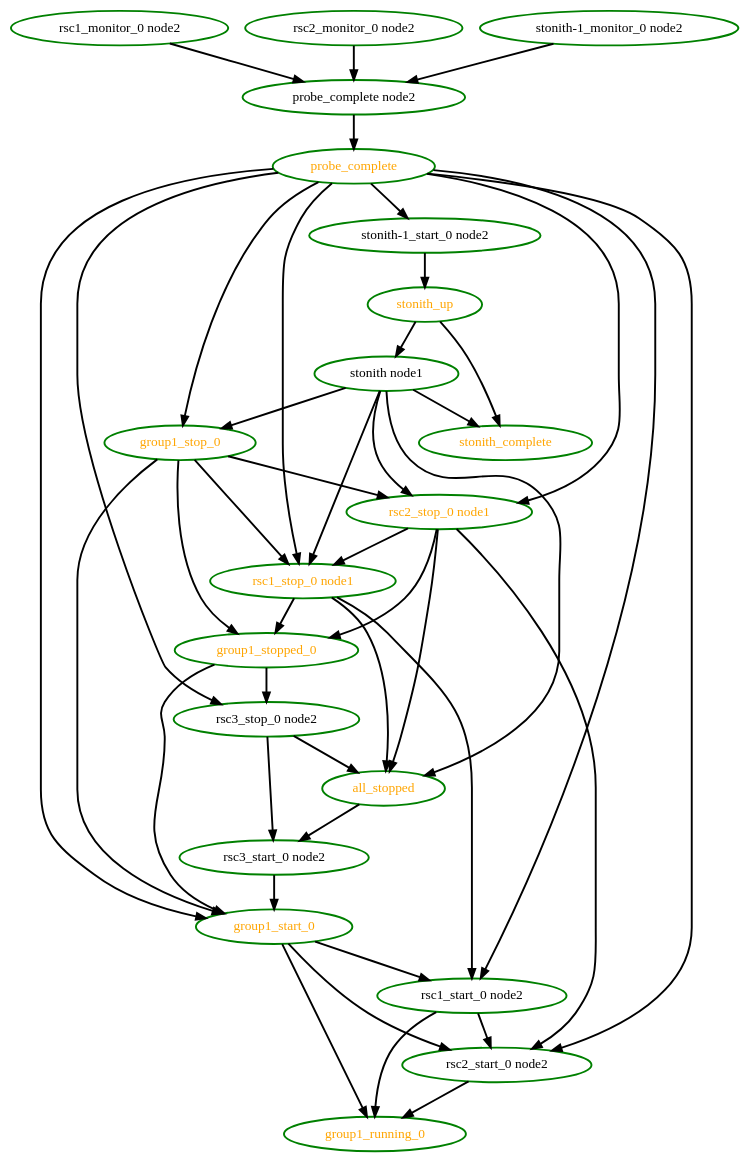
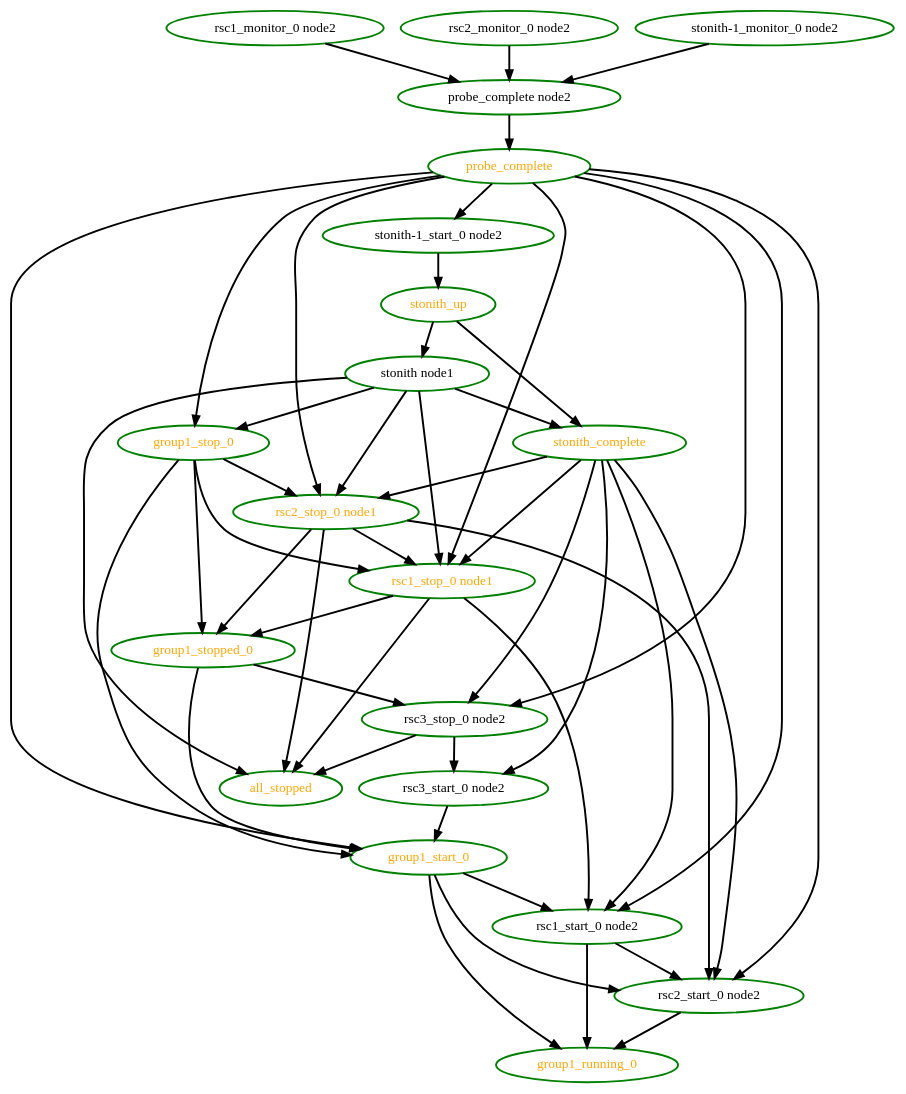
One commit to ClusterLabs/pacemaker-1.0 changed the diagram in pengine/test10/rec-node-11.dot. Above: the diagram before and after it, drawn with Graphviz. The commit also changed 50 other files, not shown here.

```diff
--- a/pengine/test10/rec-node-11.dot
+++ b/pengine/test10/rec-node-11.dot
@@ -1,65 +1,70 @@
- digraph "g" {
-"all_stopped" -> "rsc3_start_0 node2" [ style = bold]
+digraph "g" {
 "all_stopped" [ style=bold color="green" fontcolor="orange"  ]
-"group1_running_0" [ style=bold color="green" fontcolor="orange" ]
+"group1_running_0" [ style=bold color="green" fontcolor="orange"  ]
 "group1_start_0" -> "group1_running_0" [ style = bold]
 "group1_start_0" -> "rsc1_start_0 node2" [ style = bold]
 "group1_start_0" -> "rsc2_start_0 node2" [ style = bold]
-"group1_start_0" [ style=bold color="green" fontcolor="orange" ]
+"group1_start_0" [ style=bold color="green" fontcolor="orange"  ]
 "group1_stop_0" -> "group1_start_0" [ style = bold]
 "group1_stop_0" -> "group1_stopped_0" [ style = bold]
 "group1_stop_0" -> "rsc1_stop_0 node1" [ style = bold]
 "group1_stop_0" -> "rsc2_stop_0 node1" [ style = bold]
-"group1_stop_0" [ style=bold color="green" fontcolor="orange" ]
+"group1_stop_0" [ style=bold color="green" fontcolor="orange"  ]
 "group1_stopped_0" -> "group1_start_0" [ style = bold]
 "group1_stopped_0" -> "rsc3_stop_0 node2" [ style = bold]
-"group1_stopped_0" [ style=bold color="green" fontcolor="orange" ]
+"group1_stopped_0" [ style=bold color="green" fontcolor="orange"  ]
 "probe_complete node2" -> "probe_complete" [ style = bold]
-"probe_complete node2" [ style=bold color="green" fontcolor="black" ]
+"probe_complete node2" [ style=bold color="green" fontcolor="black"  ]
 "probe_complete" -> "group1_start_0" [ style = bold]
 "probe_complete" -> "group1_stop_0" [ style = bold]
 "probe_complete" -> "rsc1_start_0 node2" [ style = bold]
 "probe_complete" -> "rsc1_stop_0 node1" [ style = bold]
 "probe_complete" -> "rsc2_start_0 node2" [ style = bold]
 "probe_complete" -> "rsc2_stop_0 node1" [ style = bold]
 "probe_complete" -> "rsc3_stop_0 node2" [ style = bold]
 "probe_complete" -> "stonith-1_start_0 node2" [ style = bold]
-"probe_complete" [ style=bold color="green" fontcolor="orange" ]
+"probe_complete" [ style=bold color="green" fontcolor="orange"  ]
 "rsc1_monitor_0 node2" -> "probe_complete node2" [ style = bold]
-"rsc1_monitor_0 node2" [ style=bold color="green" fontcolor="black" ]
+"rsc1_monitor_0 node2" [ style=bold color="green" fontcolor="black"  ]
 "rsc1_start_0 node2" -> "group1_running_0" [ style = bold]
 "rsc1_start_0 node2" -> "rsc2_start_0 node2" [ style = bold]
-"rsc1_start_0 node2" [ style=bold color="green" fontcolor="black" ]
+"rsc1_start_0 node2" [ style=bold color="green" fontcolor="black"  ]
 "rsc1_stop_0 node1" -> "all_stopped" [ style = bold]
 "rsc1_stop_0 node1" -> "group1_stopped_0" [ style = bold]
 "rsc1_stop_0 node1" -> "rsc1_start_0 node2" [ style = bold]
-"rsc1_stop_0 node1" [ style=bold color="green" fontcolor="orange" ]
+"rsc1_stop_0 node1" [ style=bold color="green" fontcolor="orange"  ]
 "rsc2_monitor_0 node2" -> "probe_complete node2" [ style = bold]
-"rsc2_monitor_0 node2" [ style=bold color="green" fontcolor="black" ]
+"rsc2_monitor_0 node2" [ style=bold color="green" fontcolor="black"  ]
 "rsc2_start_0 node2" -> "group1_running_0" [ style = bold]
-"rsc2_start_0 node2" [ style=bold color="green" fontcolor="black" ]
+"rsc2_start_0 node2" [ style=bold color="green" fontcolor="black"  ]
 "rsc2_stop_0 node1" -> "all_stopped" [ style = bold]
 "rsc2_stop_0 node1" -> "group1_stopped_0" [ style = bold]
 "rsc2_stop_0 node1" -> "rsc1_stop_0 node1" [ style = bold]
 "rsc2_stop_0 node1" -> "rsc2_start_0 node2" [ style = bold]
-"rsc2_stop_0 node1" [ style=bold color="green" fontcolor="orange" ]
+"rsc2_stop_0 node1" [ style=bold color="green" fontcolor="orange"  ]
 "rsc3_start_0 node2" -> "group1_start_0" [ style = bold]
-"rsc3_start_0 node2" [ style=bold color="green" fontcolor="black" ]
+"rsc3_start_0 node2" [ style=bold color="green" fontcolor="black"  ]
 "rsc3_stop_0 node2" -> "all_stopped" [ style = bold]
 "rsc3_stop_0 node2" -> "rsc3_start_0 node2" [ style = bold]
-"rsc3_stop_0 node2" [ style=bold color="green" fontcolor="black" ]
+"rsc3_stop_0 node2" [ style=bold color="green" fontcolor="black"  ]
 "stonith node1" -> "all_stopped" [ style = bold]
 "stonith node1" -> "group1_stop_0" [ style = bold]
 "stonith node1" -> "rsc1_stop_0 node1" [ style = bold]
 "stonith node1" -> "rsc2_stop_0 node1" [ style = bold]
 "stonith node1" -> "stonith_complete" [ style = bold]
-"stonith node1" [ style=bold color="green" fontcolor="black" ]
+"stonith node1" [ style=bold color="green" fontcolor="black"  ]
 "stonith-1_monitor_0 node2" -> "probe_complete node2" [ style = bold]
 "stonith-1_monitor_0 node2" [ style=bold color="green" fontcolor="black"  ]
 "stonith-1_start_0 node2" -> "stonith_up" [ style = bold]
 "stonith-1_start_0 node2" [ style=bold color="green" fontcolor="black"  ]
+"stonith_complete" -> "rsc1_start_0 node2" [ style = bold]
+"stonith_complete" -> "rsc1_stop_0 node1" [ style = bold]
+"stonith_complete" -> "rsc2_start_0 node2" [ style = bold]
+"stonith_complete" -> "rsc2_stop_0 node1" [ style = bold]
+"stonith_complete" -> "rsc3_start_0 node2" [ style = bold]
+"stonith_complete" -> "rsc3_stop_0 node2" [ style = bold]
 "stonith_complete" [ style=bold color="green" fontcolor="orange"  ]
 "stonith_up" -> "stonith node1" [ style = bold]
 "stonith_up" -> "stonith_complete" [ style = bold]
 "stonith_up" [ style=bold color="green" fontcolor="orange"  ]
 }
```
